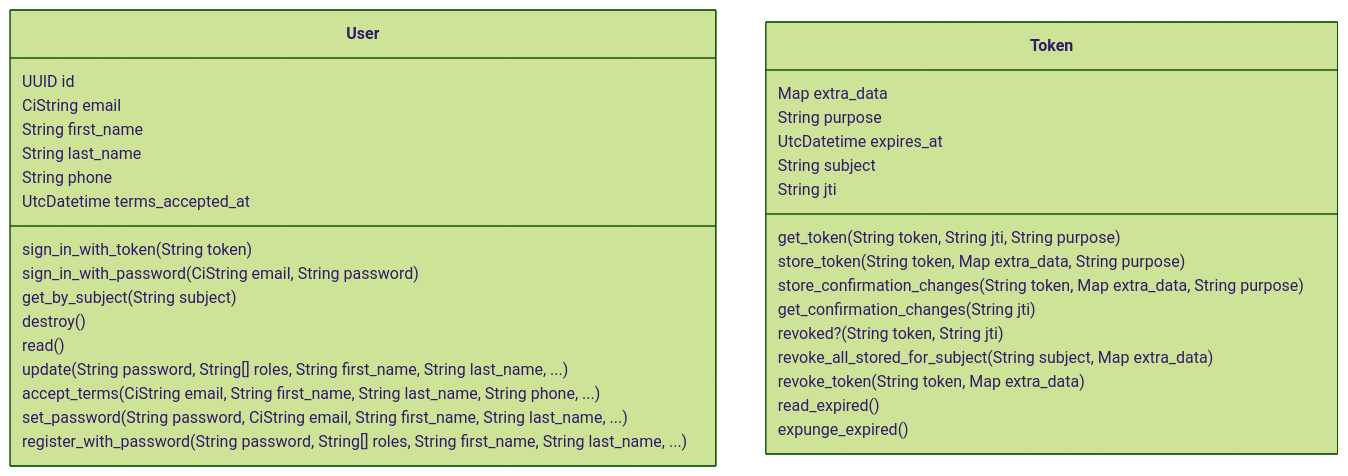
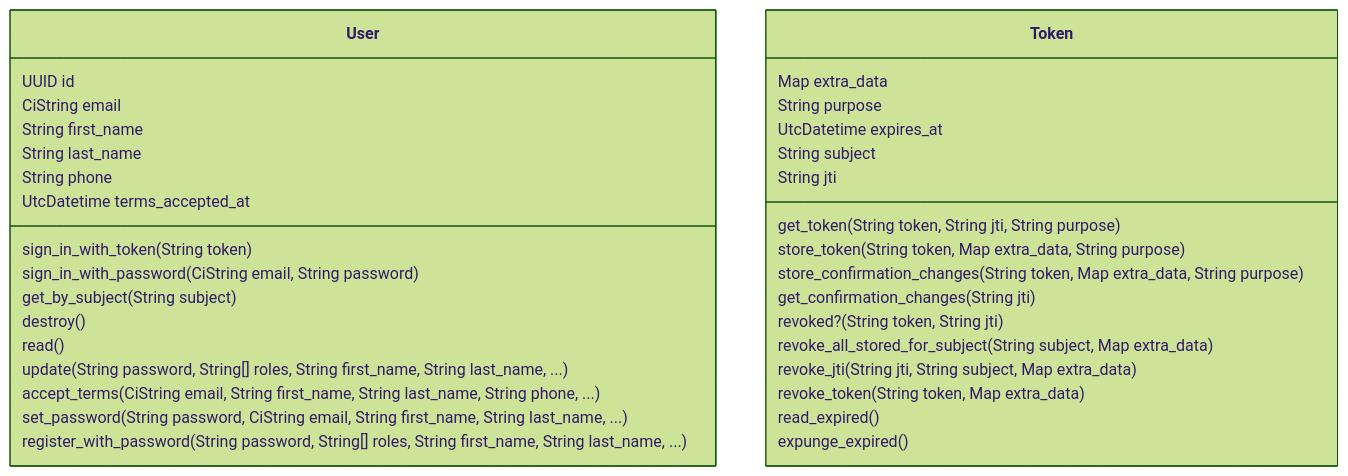
Before and after one commit to zebbra/data_aggregator: the diagram in lib/data_aggregator/accounts/accounts-mermaid-class-diagram.md, drawn with Mermaid (forest theme). The commit also changed 39 other files, not shown here.

````diff
--- a/lib/data_aggregator/accounts/accounts-mermaid-class-diagram.md
+++ b/lib/data_aggregator/accounts/accounts-mermaid-class-diagram.md
@@ -1,39 +1,40 @@
 ```mermaid
 classDiagram
     class User {
         UUID id
         CiString email
         String first_name
         String last_name
         String phone
         UtcDatetime terms_accepted_at
         sign_in_with_token(String token)
         sign_in_with_password(CiString email, String password)
         get_by_subject(String subject)
         destroy()
         read()
         update(String password, String[] roles, String first_name, String last_name, ...)
         accept_terms(CiString email, String first_name, String last_name, String phone, ...)
         set_password(String password, CiString email, String first_name, String last_name, ...)
         register_with_password(String password, String[] roles, String first_name, String last_name, ...)
     }
     class Token {
         Map extra_data
         String purpose
         UtcDatetime expires_at
         String subject
         String jti
         get_token(String token, String jti, String purpose)
         store_token(String token, Map extra_data, String purpose)
         store_confirmation_changes(String token, Map extra_data, String purpose)
         get_confirmation_changes(String jti)
         revoked?(String token, String jti)
         revoke_all_stored_for_subject(String subject, Map extra_data)
+        revoke_jti(String jti, String subject, Map extra_data)
         revoke_token(String token, Map extra_data)
         read_expired()
         expunge_expired()
     }
 
 
 
 ```
````
